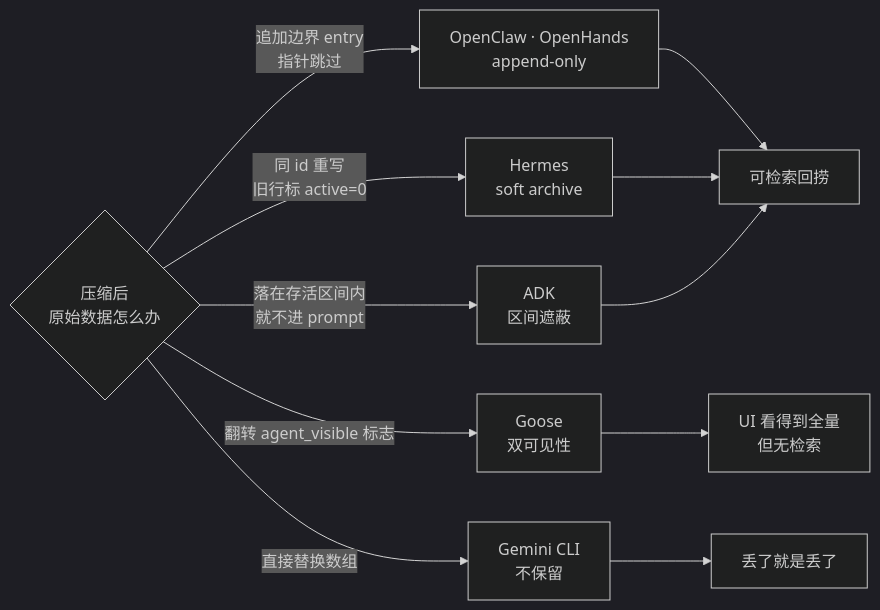
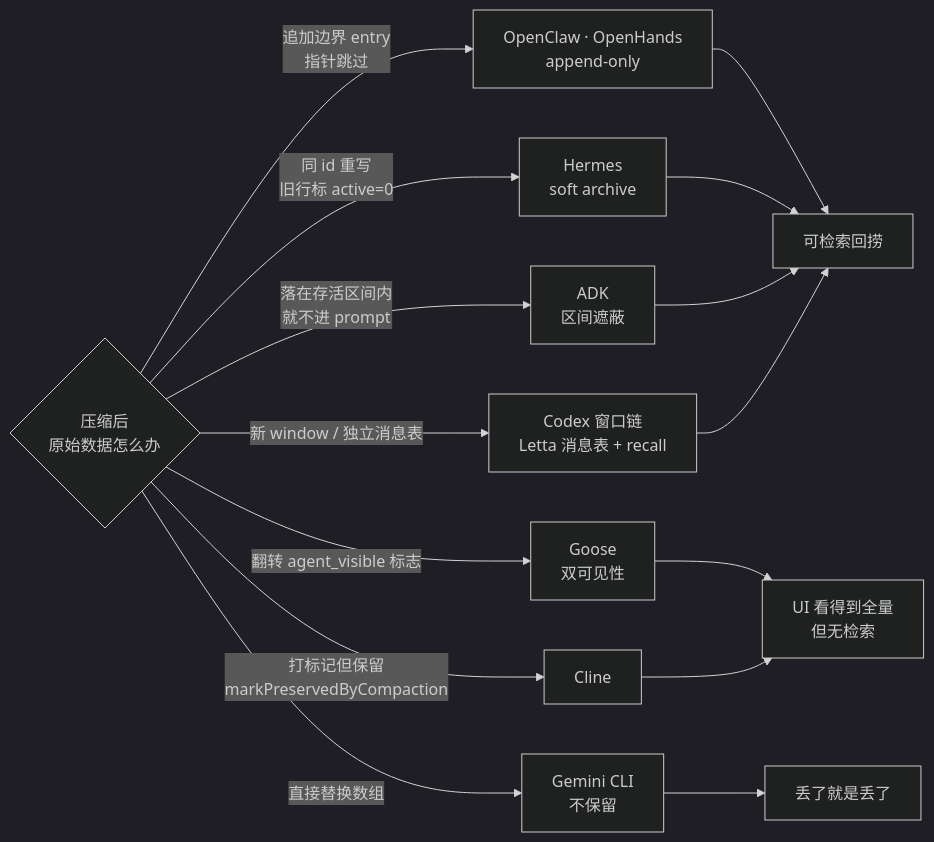
Diagram 17 of 18 in agent-context-compression/Agent_Context_Compression_Research.md (caiboyang/ML-learning), drawn with Mermaid (dark theme) before and after one commit. The commit also changed other lines of this file, not shown here.

````diff
--- a/agent-context-compression/Agent_Context_Compression_Research.md
+++ b/agent-context-compression/Agent_Context_Compression_Research.md
@@ -2385,14 +2392,18 @@
 ```mermaid
 flowchart LR
     Q{"压缩后<br/>原始数据怎么办"}
     Q -->|"追加边界 entry<br/>指针跳过"| A["OpenClaw · OpenHands<br/>append-only"]
     Q -->|"同 id 重写<br/>旧行标 active=0"| B["Hermes<br/>soft archive"]
     Q -->|"翻转 agent_visible 标志"| C["Goose<br/>双可见性"]
     Q -->|"落在存活区间内<br/>就不进 prompt"| D["ADK<br/>区间遮蔽"]
+    Q -->|"打标记但保留<br/>markPreservedByCompaction"| F["Cline"]
+    Q -->|"新 window / 独立消息表"| G["Codex 窗口链<br/>Letta 消息表 + recall"]
     Q -->|"直接替换数组"| E["Gemini CLI<br/>不保留"]
     A --> R["可检索回捞"]
     B --> R
     D --> R
+    G --> R
     C --> U["UI 看得到全量<br/>但无检索"]
+    F --> U
     E --> N["丢了就是丢了"]
 ```
````
